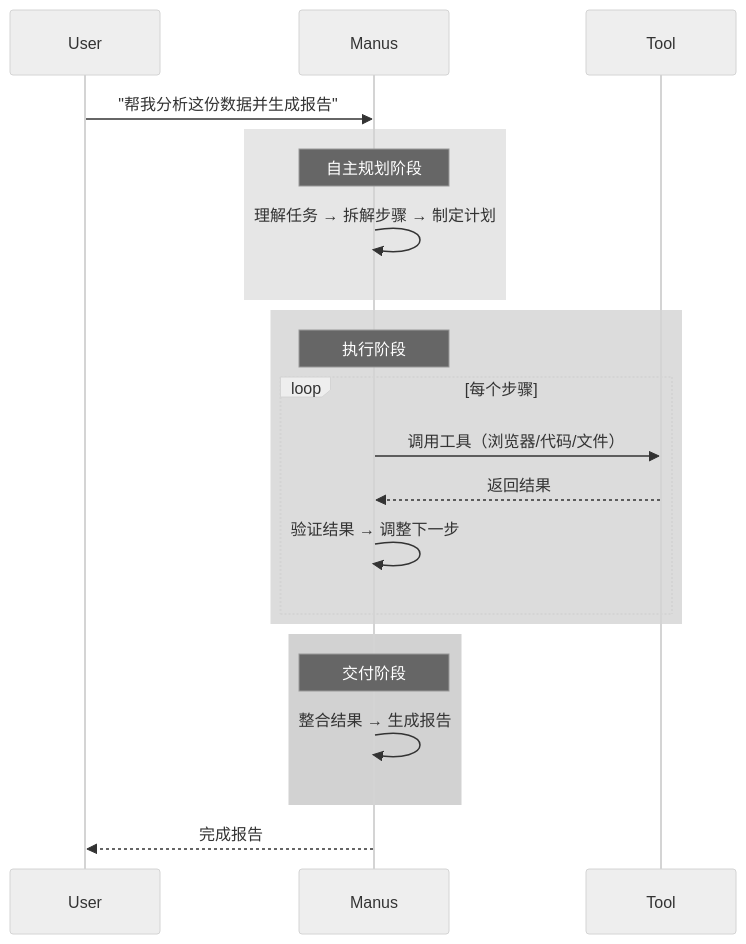
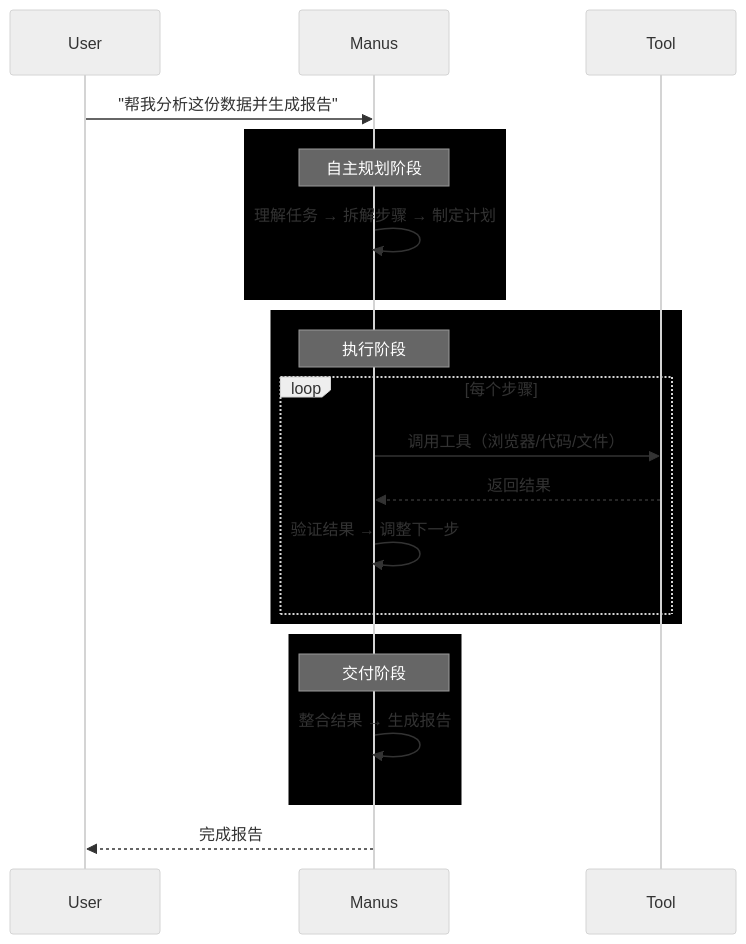
The sixth of 11 diagrams in _posts/2026-03-01-openclaw-agent-gateway.md (FreezeSoul/freezesoul.github.com), drawn with Mermaid (neutral theme) before and after one commit.

Commit message:
fix: 深色区块背景

````diff
--- a/_posts/2026-03-01-openclaw-agent-gateway.md
+++ b/_posts/2026-03-01-openclaw-agent-gateway.md
@@ -303,25 +303,25 @@
 ```mermaid
 sequenceDiagram
     User->>Manus: "帮我分析这份数据并生成报告"
     
-    rect rgb(230, 230, 230)
+    rect fill:#555,bgColor:#555
         Note over Manus: 自主规划阶段
         Manus->>Manus: 理解任务 → 拆解步骤 → 制定计划
     end
     
-    rect rgb(220, 220, 220)
+    rect fill:#666,bgColor:#666
         Note over Manus: 执行阶段
         loop 每个步骤
             Manus->>Tool: 调用工具（浏览器/代码/文件）
             Tool-->>Manus: 返回结果
             Manus->>Manus: 验证结果 → 调整下一步
         end
     end
     
-    rect rgb(210, 210, 210)
+    rect fill:#777,bgColor:#777
         Note over Manus: 交付阶段
         Manus->>Manus: 整合结果 → 生成报告
     end
     
     Manus-->>User: 完成报告
 ```
````
